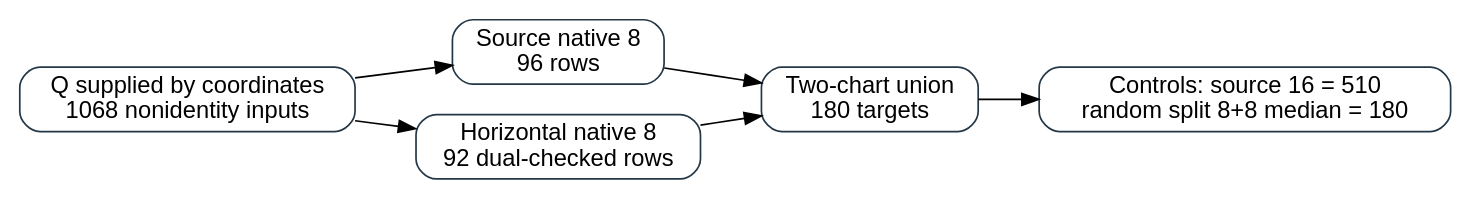
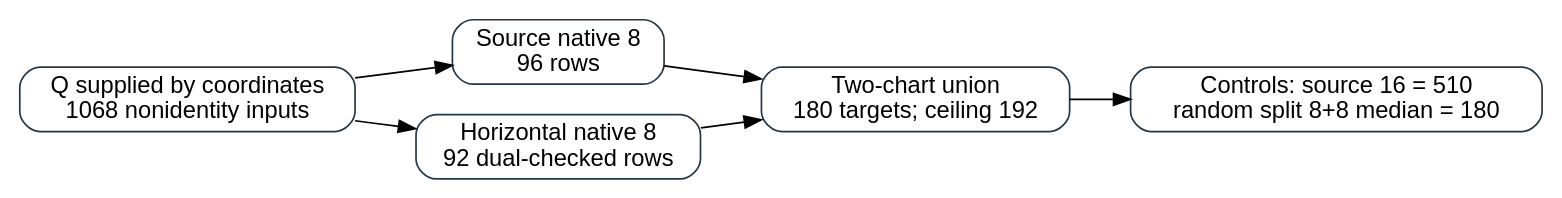
One commit to isogeny-labs/cryptanalysis changed the diagram in research/cm_point_bridge_proposals_20261125/two_chart_result.dot. Above: the diagram before and after it, drawn with Graphviz. The commit also changed 4 other files, not shown here.

Commit message:
research: cap two signed eight-point chart supports at 192

```diff
--- a/research/cm_point_bridge_proposals_20261125/two_chart_result.dot
+++ b/research/cm_point_bridge_proposals_20261125/two_chart_result.dot
@@ -1,10 +1,10 @@
 digraph result {
   graph [rankdir=LR, bgcolor="white", fontname="Helvetica"];
   node [shape=box, style="rounded", fontname="Helvetica", color="#243746"];
   Q [label="Q supplied by coordinates\n1068 nonidentity inputs"];
   src [label="Source native 8\n96 rows"];
   dst [label="Horizontal native 8\n92 dual-checked rows"];
-  union [label="Two-chart union\n180 targets"];
+  union [label="Two-chart union\n180 targets; ceiling 192"];
   controls [label="Controls: source 16 = 510\nrandom split 8+8 median = 180"];
   Q -> src; Q -> dst; src -> union; dst -> union; union -> controls;
 }
```
